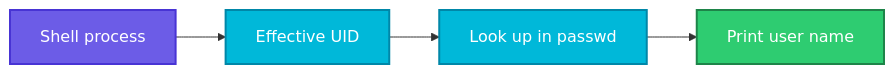
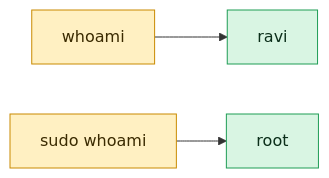
One commit to codeKerdosTech/DevOps-Documentation changed the diagram in linux/user-management/whoami.md. Above: the diagram before and after it, drawn with Mermaid. The commit also changed other lines of this file and 165 other files, not shown here.

Commit message:
updated diagrams in linux

````diff
--- a/linux/user-management/whoami.md
+++ b/linux/user-management/whoami.md
@@ -14,16 +14,12 @@
 ```mermaid
 flowchart LR
-    A[Shell process] --> B[Effective UID]
-    B --> C[Look up in passwd]
-    C --> D[Print user name]
-    classDef start fill:#6C5CE7,stroke:#4834D4,stroke-width:2px,color:#fff
-    classDef proc fill:#00B8D9,stroke:#0087A8,stroke-width:2px,color:#fff
-    classDef dec fill:#FFC312,stroke:#E1A100,stroke-width:2px,color:#222
-    classDef ok fill:#2ECC71,stroke:#1E8449,stroke-width:2px,color:#fff
-    classDef err fill:#FF4757,stroke:#C0392B,stroke-width:2px,color:#fff
-    classDef out fill:#FD79A8,stroke:#E84393,stroke-width:2px,color:#fff
-    classDef alt fill:#FF9F43,stroke:#E67E22,stroke-width:2px,color:#fff
-    class A start
-    class B,C proc
-    class D ok
+    c1[whoami] --> o1[ravi]
+    c2[sudo whoami] --> o2[root]
+    classDef inp fill:#DCEBFF,stroke:#2F6FDE,color:#10213F
+    classDef cmd fill:#FFF0C2,stroke:#C98A00,color:#3A2A00
+    classDef out fill:#D9F5E3,stroke:#1F9D55,color:#0B2E1A
+    classDef bad fill:#FDE0E0,stroke:#D13B3B,color:#4A0F0F
+    classDef note fill:#ECEFF3,stroke:#7B8794,color:#1F2933
+    class c1,c2 cmd
+    class o1,o2 out
 ```
````
